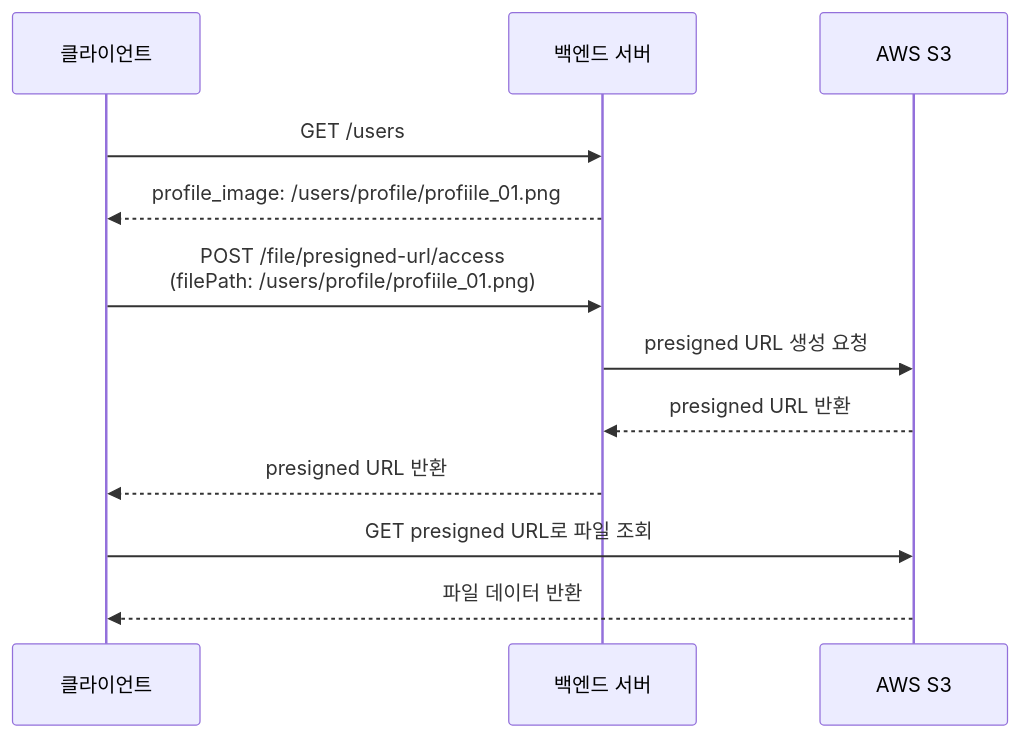
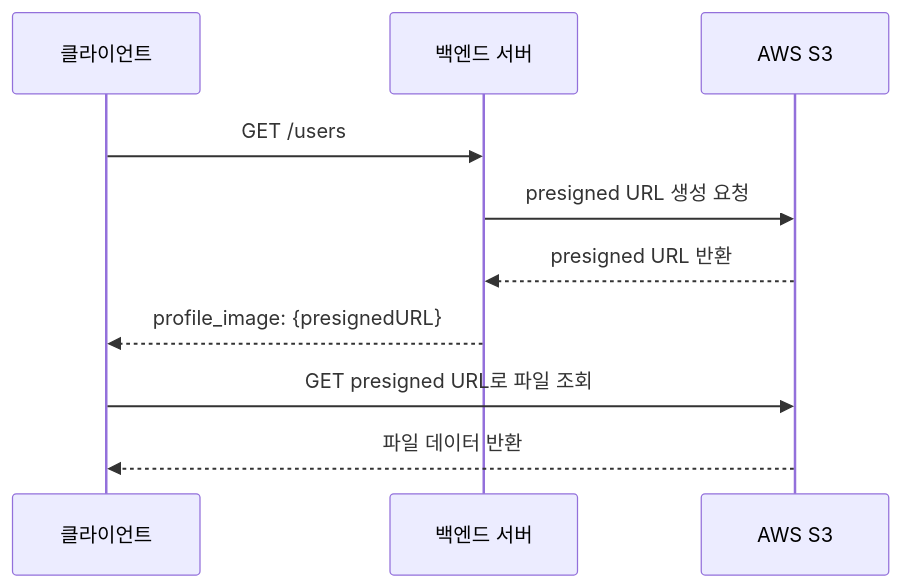
Before and after one commit to mash-up-kr/HGDGDS-Node: the second of 2 diagrams in docs/files.md, drawn with Mermaid. The commit also changed other lines of this file and 17 other files, not shown here.

````diff
--- a/docs/files.md
+++ b/docs/files.md
@@ -67,16 +67,13 @@
 ```mermaid
 sequenceDiagram
     participant Client as 클라이언트
     participant BE as 백엔드 서버
     participant S3 as AWS S3
 
     Client->>BE: GET /users
-    BE-->>Client: profile_image: /users/profile/profiile_01.png
-    Client->>BE: POST /file/presigned-url/access <br/> (filePath: /users/profile/profiile_01.png)
     BE->>S3: presigned URL 생성 요청
     S3-->>BE: presigned URL 반환
-    BE-->>Client: presigned URL 반환
-
+    BE-->>Client: profile_image: {presignedURL}
     Client->>S3: GET presigned URL로 파일 조회
     S3-->>Client: 파일 데이터 반환
 ```
````
